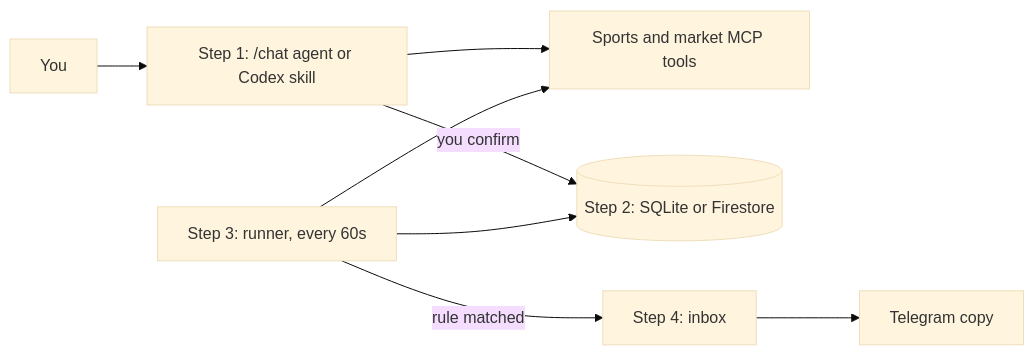
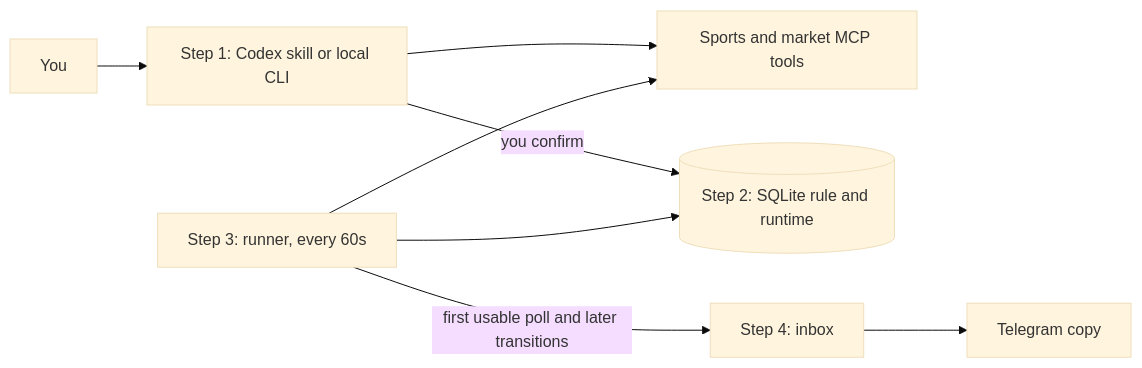
One commit to waderylan/prediction-market-agent changed the diagram in docs/WATCHES_EXPLAINED.md. Above: the diagram before and after it, drawn with Mermaid (base theme). The commit also changed other lines of this file and 24 other files, not shown here.

````diff
--- a/docs/WATCHES_EXPLAINED.md
+++ b/docs/WATCHES_EXPLAINED.md
@@ -36,10 +36,10 @@
 ```mermaid
 flowchart LR
-    U[You] --> FRONT[Step 1: /chat agent or Codex skill]
+    U[You] --> FRONT[Step 1: Codex skill or local CLI]
     FRONT --> MCP[Sports and market MCP tools]
-    FRONT -->|you confirm| DB[(Step 2: SQLite or Firestore)]
+    FRONT -->|you confirm| DB[(Step 2: SQLite rule and runtime)]
     RUNNER[Step 3: runner, every 60s] --> DB
     RUNNER --> MCP
-    RUNNER -->|rule matched| INBOX[Step 4: inbox]
+    RUNNER -->|first usable poll and later transitions| INBOX[Step 4: inbox]
     INBOX --> TELEGRAM[Telegram copy]
 ```
````
